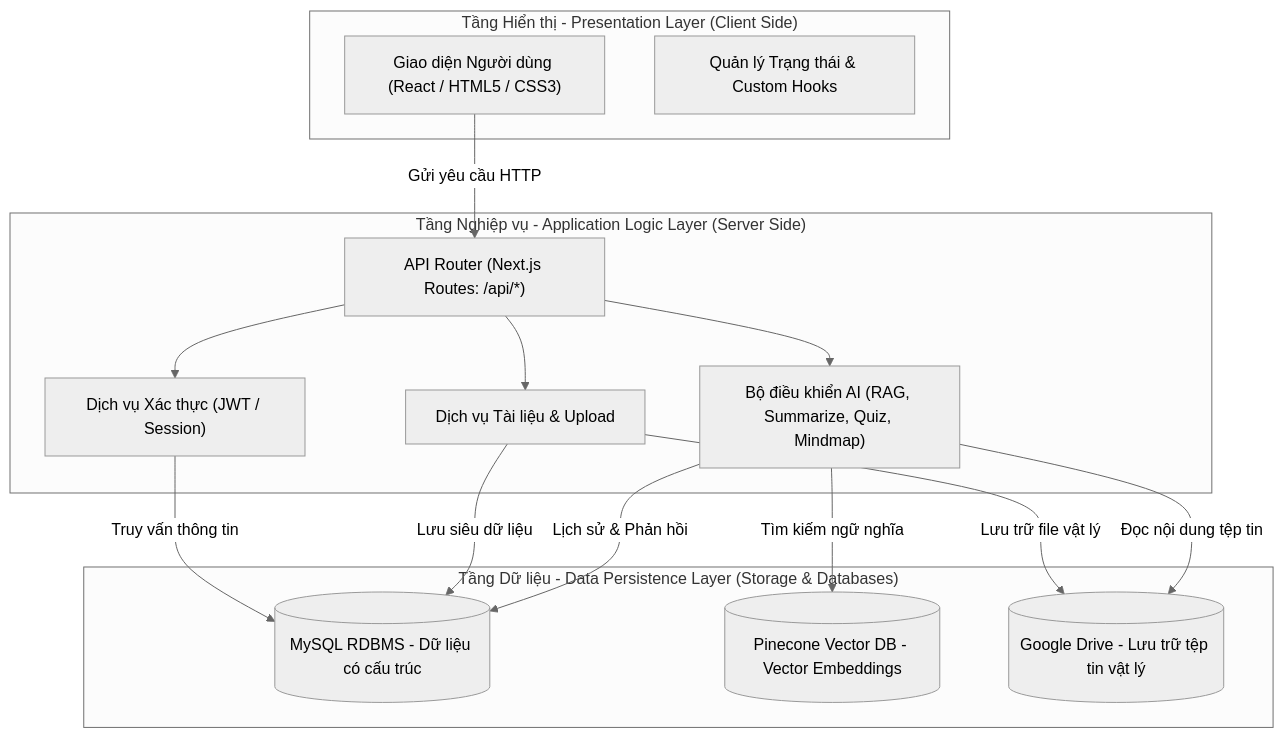
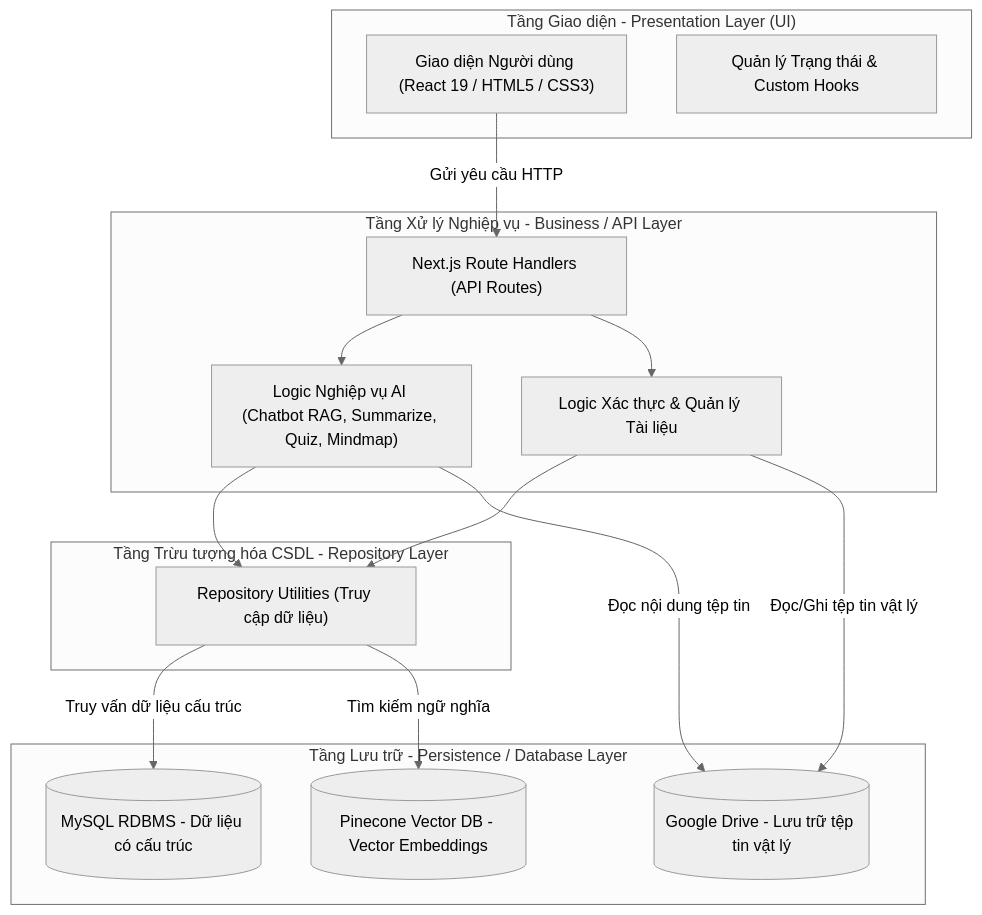
Before and after one commit to vietcuong2004/DATN_TLUDOC: diagram 20 of 21 in Cuong_Documents/BaoVeDoAn/BaoCaoToanVan.md, drawn with Mermaid (neutral theme). The commit also changed other lines of this file and 11 other files, not shown here.

````diff
--- a/Cuong_Documents/BaoVeDoAn/BaoCaoToanVan.md
+++ b/Cuong_Documents/BaoVeDoAn/BaoCaoToanVan.md
@@ -1185,33 +1146,35 @@
 ```mermaid
 graph TD
-    subgraph Presentation_Layer["Tầng Hiển thị - Presentation Layer (Client Side)"]
-        UI["Giao diện Người dùng (React / HTML5 / CSS3)"]
+    subgraph Layer_1["Tầng Giao diện - Presentation Layer (UI)"]
+        UI["Giao diện Người dùng (React 19 / HTML5 / CSS3)"]
         State["Quản lý Trạng thái & Custom Hooks"]
     end
 
-    subgraph Application_Layer["Tầng Nghiệp vụ - Application Logic Layer (Server Side)"]
-        Router["API Router (Next.js Routes: /api/*)"]
-        AuthService["Dịch vụ Xác thực (JWT / Session)"]
-        DocService["Dịch vụ Tài liệu & Upload"]
-        AIService["Bộ điều khiển AI (RAG, Summarize, Quiz, Mindmap)"]
+    subgraph Layer_2["Tầng Xử lý Nghiệp vụ - Business / API Layer"]
+        Router["Next.js Route Handlers (API Routes)"]
+        AIService["Logic Nghiệp vụ AI (Chatbot RAG, Summarize, Quiz, Mindmap)"]
+        CoreService["Logic Xác thực & Quản lý Tài liệu"]
     end
 
-    subgraph Data_Layer["Tầng Dữ liệu - Data Persistence Layer (Storage & Databases)"]
+    subgraph Layer_3["Tầng Trừu tượng hóa CSDL - Repository Layer"]
+        Repos["Repository Utilities (Truy cập dữ liệu)"]
+    end
+
+    subgraph Layer_4["Tầng Lưu trữ - Persistence / Database Layer"]
         MySQL[("MySQL RDBMS - Dữ liệu có cấu trúc")]
         Pinecone[("Pinecone Vector DB - Vector Embeddings")]
         GDrive[("Google Drive - Lưu trữ tệp tin vật lý")]
     end
 
     UI -->|Gửi yêu cầu HTTP| Router
-    Router --> AuthService
-    Router --> DocService
     Router --> AIService
-
-    AuthService -->|Truy vấn thông tin| MySQL
-    DocService -->|Lưu siêu dữ liệu| MySQL
-    DocService -->|Lưu trữ file vật lý| GDrive
+    Router --> CoreService
     
-    AIService -->|Lịch sử & Phản hồi| MySQL
-    AIService -->|Tìm kiếm ngữ nghĩa| Pinecone
+    AIService --> Repos
+    CoreService --> Repos
+    
+    Repos -->|Truy vấn dữ liệu cấu trúc| MySQL
+    Repos -->|Tìm kiếm ngữ nghĩa| Pinecone
+    CoreService -->|Đọc/Ghi tệp tin vật lý| GDrive
     AIService -->|Đọc nội dung tệp tin| GDrive
 ```
````
